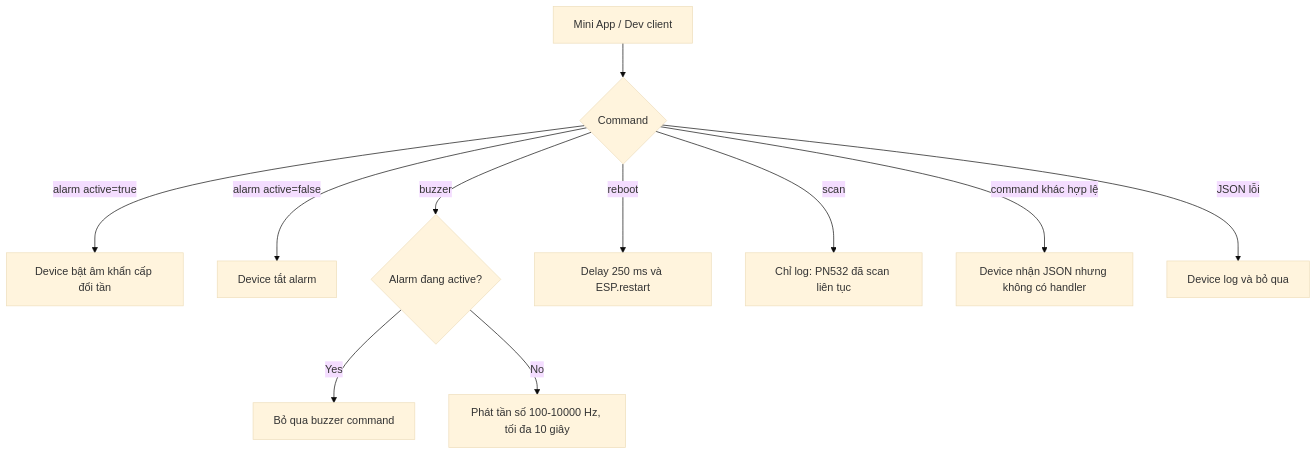
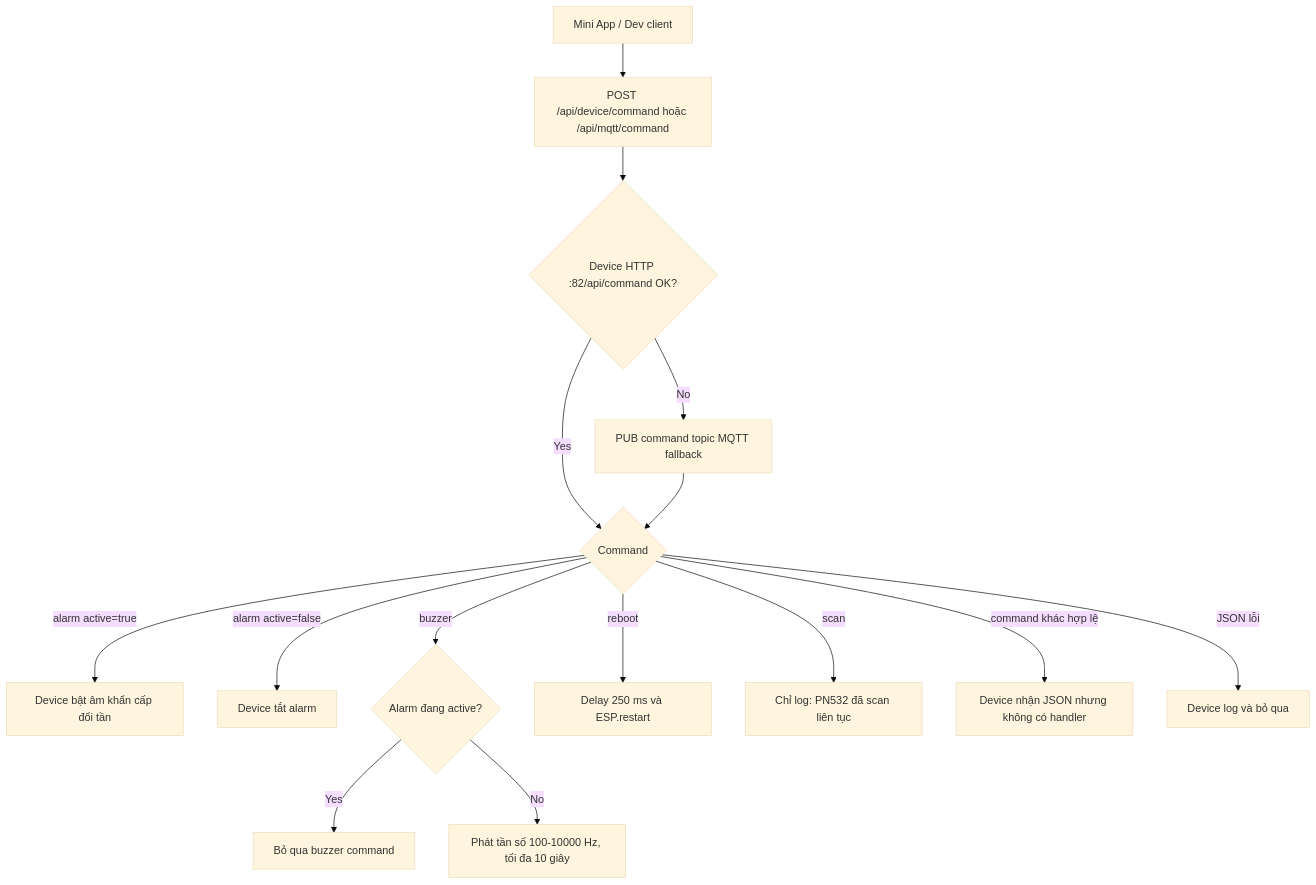
One commit to ntntran09/EdgeGuard changed the seventh of 17 diagrams in docs/EDGEGUARD_FLOWS.md. Above: the diagram before and after it, drawn with Mermaid (base theme). The commit also changed other lines of this file, not shown here.

Commit message:
docs: update EdgeGuard HTTP flows

````diff
--- a/docs/EDGEGUARD_FLOWS.md
+++ b/docs/EDGEGUARD_FLOWS.md
@@ -301,13 +334,17 @@
 ```mermaid
 flowchart TD
-    A[Mini App / Dev client] --> B{Command}
+    A[Mini App / Dev client] --> Z[POST /api/device/command hoặc /api/mqtt/command]
+    Z --> Y{Device HTTP :82/api/command OK?}
+    Y -- Yes --> B{Command}
+    Y -- No --> X[PUB command topic MQTT fallback]
+    X --> B
     B -->|alarm active=true| C[Device bật âm khẩn cấp đổi tần]
     B -->|alarm active=false| D[Device tắt alarm]
     B -->|buzzer| E{Alarm đang active?}
     E -- Yes --> F[Bỏ qua buzzer command]
     E -- No --> G[Phát tần số 100-10000 Hz, tối đa 10 giây]
     B -->|reboot| H[Delay 250 ms và ESP.restart]
     B -->|scan| I[Chỉ log: PN532 đã scan liên tục]
     B -->|command khác hợp lệ| J[Device nhận JSON nhưng không có handler]
     B -->|JSON lỗi| K[Device log và bỏ qua]
 ```
````
